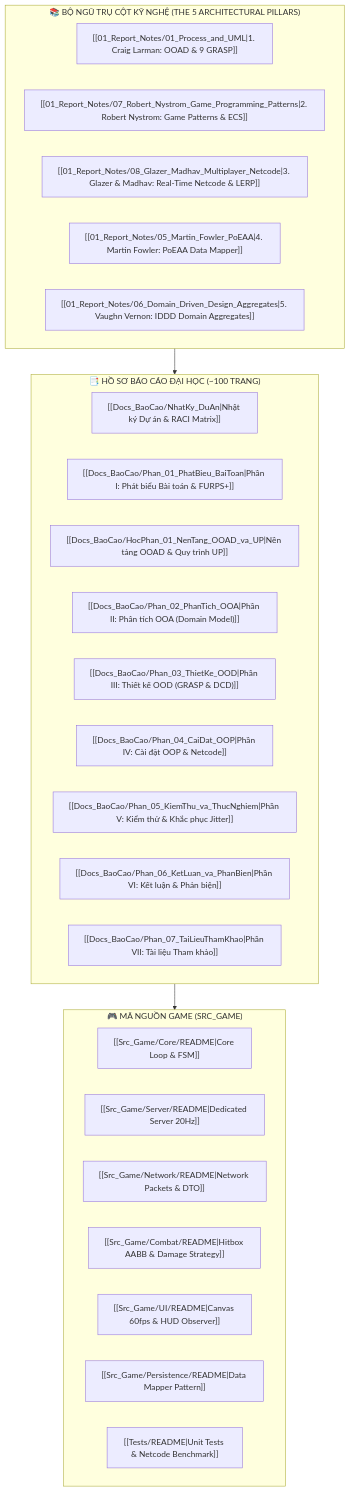
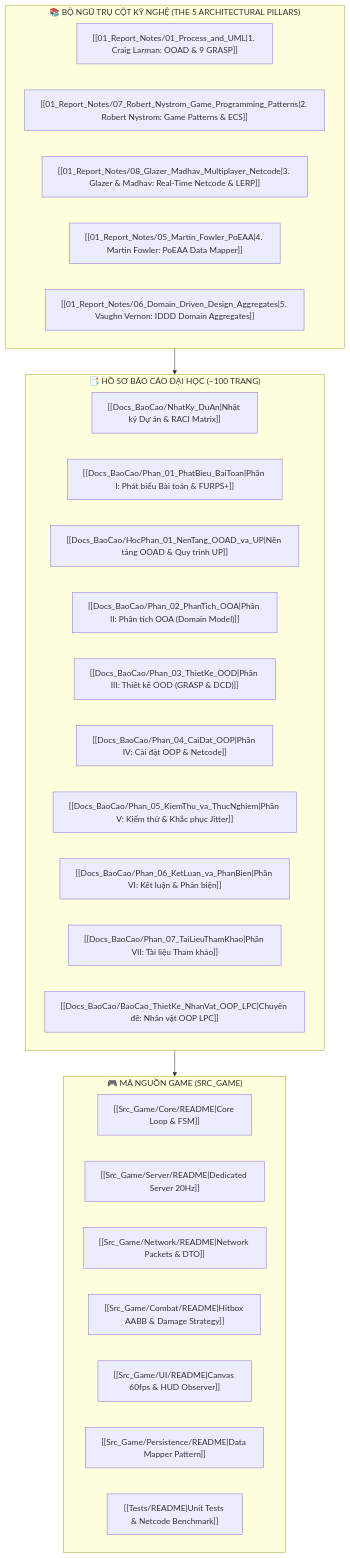
Before and after one commit to Tran1209/UML-Patterns-Mastery: the diagram in DASHBOARD.md, drawn with Mermaid. The commit also changed other lines of this file and 12 other files, not shown here.

Commit message:
feat(report): add comprehensive OOP character design report using Universal LPC spritesheet generator and java render engine

````diff
--- a/DASHBOARD.md
+++ b/DASHBOARD.md
@@ -29,35 +29,36 @@
 ```mermaid
 flowchart TD
     subgraph KB["📚 BỘ NGŨ TRỤ CỘT KỸ NGHỆ (THE 5 ARCHITECTURAL PILLARS)"]
         K1["[[01_Report_Notes/01_Process_and_UML|1. Craig Larman: OOAD & 9 GRASP]]"]
         K2["[[01_Report_Notes/07_Robert_Nystrom_Game_Programming_Patterns|2. Robert Nystrom: Game Patterns & ECS]]"]
         K3["[[01_Report_Notes/08_Glazer_Madhav_Multiplayer_Netcode|3. Glazer & Madhav: Real-Time Netcode & LERP]]"]
         K4["[[01_Report_Notes/05_Martin_Fowler_PoEAA|4. Martin Fowler: PoEAA Data Mapper]]"]
         K5["[[01_Report_Notes/06_Domain_Driven_Design_Aggregates|5. Vaughn Vernon: IDDD Domain Aggregates]]"]
     end
 
     subgraph REPORT["📑 HỒ SƠ BÁO CÁO ĐẠI HỌC (~100 TRANG)"]
         R0["[[Docs_BaoCao/NhatKy_DuAn|Nhật ký Dự án & RACI Matrix]]"]
         R1["[[Docs_BaoCao/Phan_01_PhatBieu_BaiToan|Phần I: Phát biểu Bài toán & FURPS+]]"]
         R2["[[Docs_BaoCao/HocPhan_01_NenTang_OOAD_va_UP|Nền tảng OOAD & Quy trình UP]]"]
         R3["[[Docs_BaoCao/Phan_02_PhanTich_OOA|Phần II: Phân tích OOA (Domain Model)]]"]
         R4["[[Docs_BaoCao/Phan_03_ThietKe_OOD|Phần III: Thiết kế OOD (GRASP & DCD)]]"]
         R5["[[Docs_BaoCao/Phan_04_CaiDat_OOP|Phần IV: Cài đặt OOP & Netcode]]"]
         R6["[[Docs_BaoCao/Phan_05_KiemThu_va_ThucNghiem|Phần V: Kiểm thử & Khắc phục Jitter]]"]
         R7["[[Docs_BaoCao/Phan_06_KetLuan_va_PhanBien|Phần VI: Kết luận & Phản biện]]"]
         R8["[[Docs_BaoCao/Phan_07_TaiLieuThamKhao|Phần VII: Tài liệu Tham khảo]]"]
+        R_LPC["[[Docs_BaoCao/BaoCao_ThietKe_NhanVat_OOP_LPC|Chuyên đề: Nhân vật OOP LPC]]"]
     end
 
     subgraph CODE["🎮 MÃ NGUỒN GAME (SRC_GAME)"]
         C1["[[Src_Game/Core/README|Core Loop & FSM]]"]
         C2["[[Src_Game/Server/README|Dedicated Server 20Hz]]"]
         C3["[[Src_Game/Network/README|Network Packets & DTO]]"]
         C4["[[Src_Game/Combat/README|Hitbox AABB & Damage Strategy]]"]
         C5["[[Src_Game/UI/README|Canvas 60fps & HUD Observer]]"]
         C6["[[Src_Game/Persistence/README|Data Mapper Pattern]]"]
         C7["[[Tests/README|Unit Tests & Netcode Benchmark]]"]
     end
 
     KB --> REPORT
     REPORT --> CODE
 ```
````
